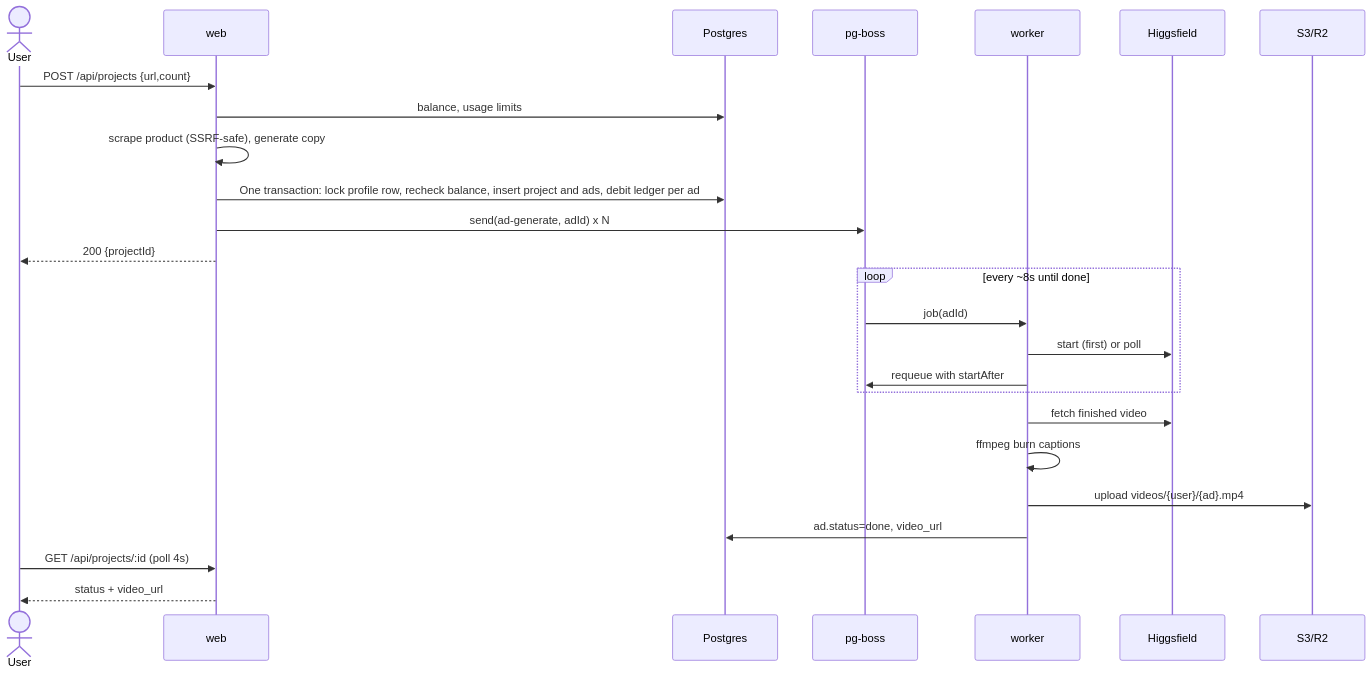
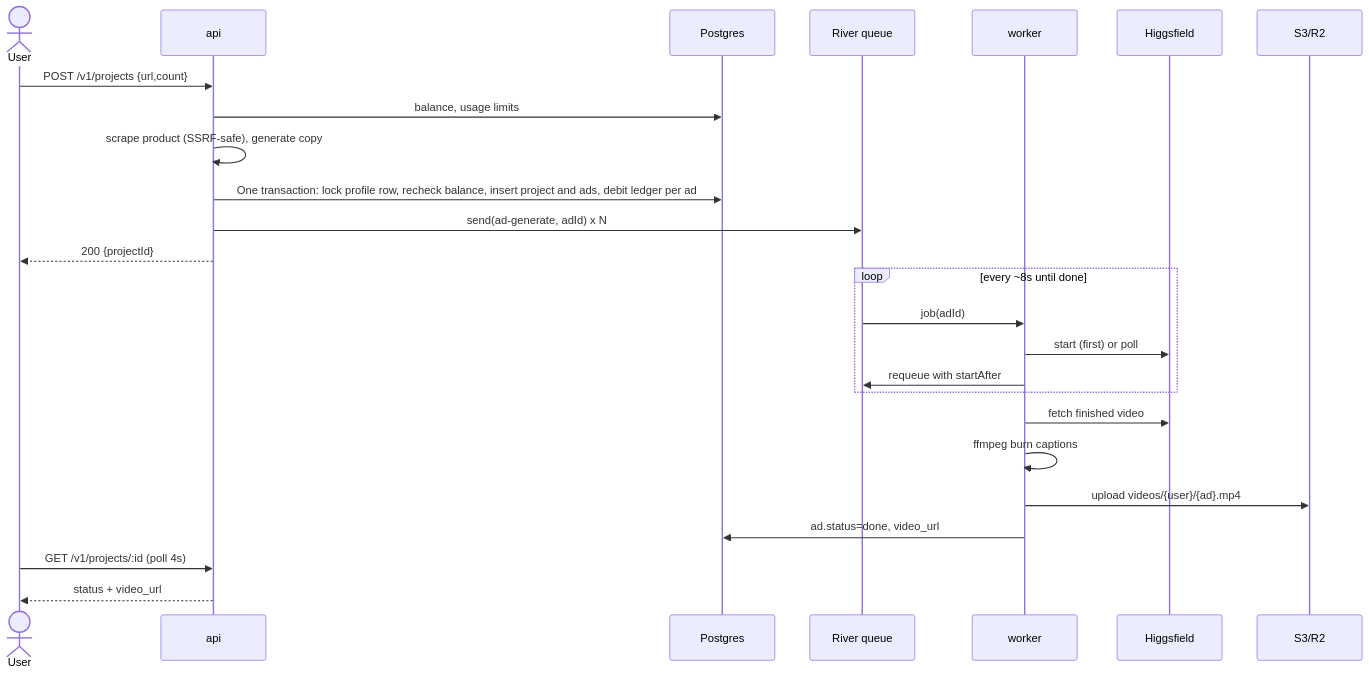
The third of 5 diagrams in docs/architecture/02-system-architecture.md (mbhat24/ugc-ad-generator), drawn with Mermaid before and after one commit. The commit also changed other lines of this file and 152 other files, not shown here.

First line of the commit message:
Standalone Go backend (API, worker, migrate) with River queue; Next.js reduced to UI + BFF

````diff
--- a/docs/architecture/02-system-architecture.md
+++ b/docs/architecture/02-system-architecture.md
@@ -70,27 +78,27 @@
 ```mermaid
 sequenceDiagram
   actor U as User
-  participant W as web
+  participant W as api
   participant DB as Postgres
-  participant Q as pg-boss
+  participant Q as River queue
   participant K as worker
   participant H as Higgsfield
   participant S as S3/R2
-  U->>W: POST /api/projects {url,count}
+  U->>W: POST /v1/projects {url,count}
   W->>DB: balance, usage limits
   W->>W: scrape product (SSRF-safe), generate copy
   W->>DB: One transaction: lock profile row, recheck balance, insert project and ads, debit ledger per ad
   W->>Q: send(ad-generate, adId) x N
   W-->>U: 200 {projectId}
   loop every ~8s until done
     Q->>K: job(adId)
     K->>H: start (first) or poll
     K->>Q: requeue with startAfter
   end
   K->>H: fetch finished video
   K->>K: ffmpeg burn captions
   K->>S: upload videos/{user}/{ad}.mp4
   K->>DB: ad.status=done, video_url
-  U->>W: GET /api/projects/:id (poll 4s)
+  U->>W: GET /v1/projects/:id (poll 4s)
   W-->>U: status + video_url
 ```
````
